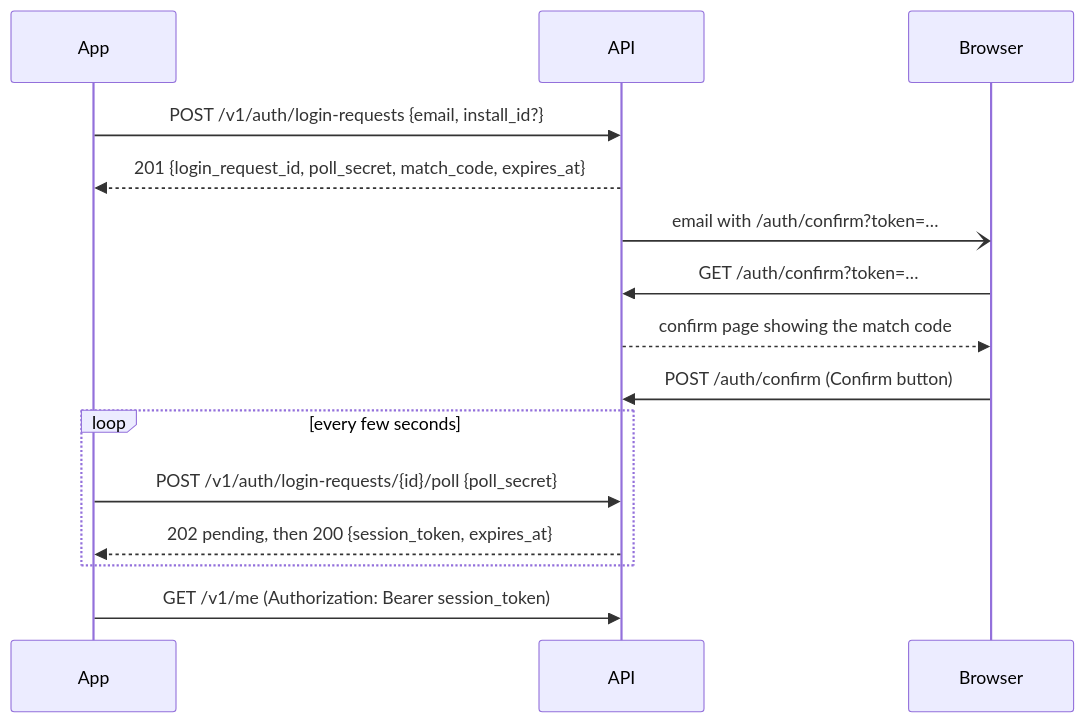
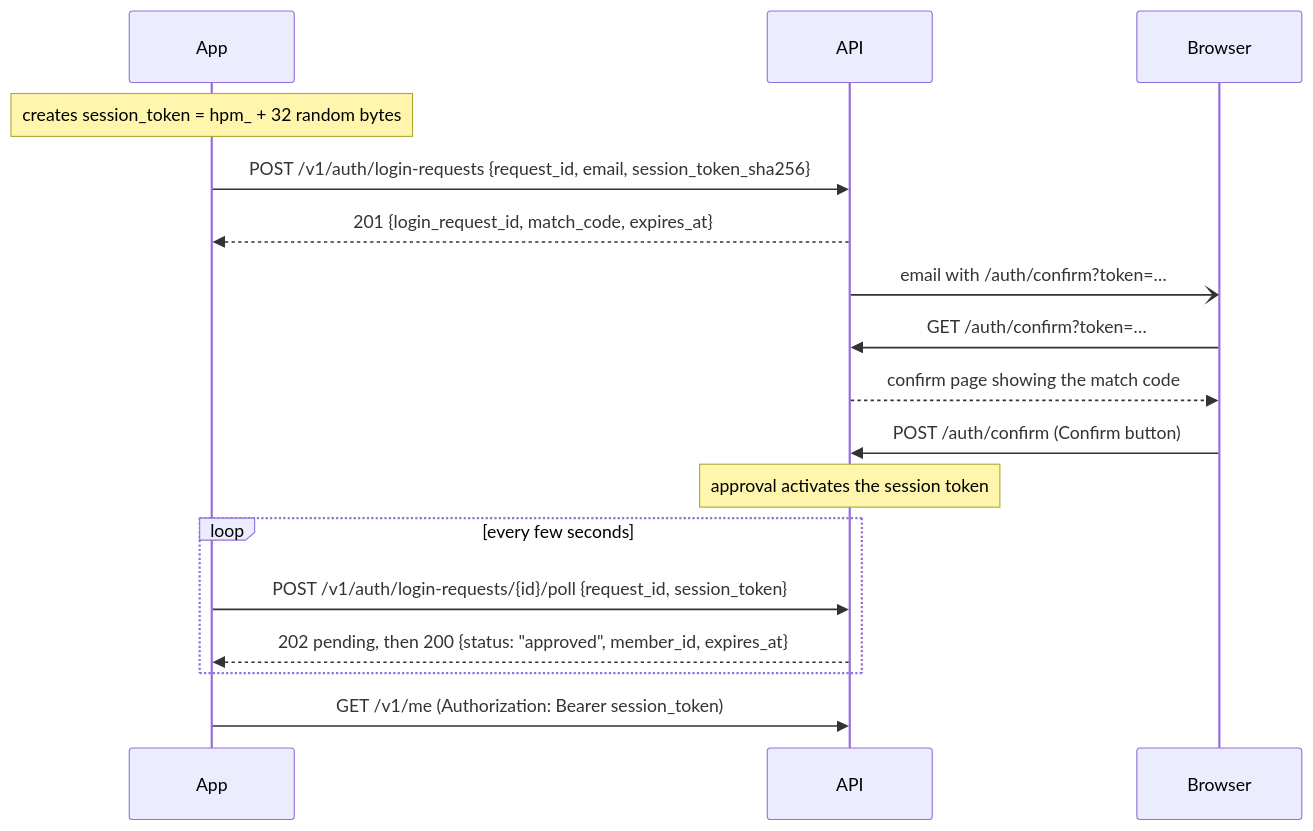
The diagram in api/README.md (jermainee/homeport), drawn with Mermaid before and after one commit. The commit also changed other lines of this file and 18 other files, not shown here.

````diff
--- a/api/README.md
+++ b/api/README.md
@@ -47,17 +47,19 @@
 ```mermaid
 sequenceDiagram
   participant App
   participant API
   participant Browser
-  App->>API: POST /v1/auth/login-requests {email, install_id?}
-  API-->>App: 201 {login_request_id, poll_secret, match_code, expires_at}
+  Note over App: creates session_token = hpm_ + 32 random bytes
+  App->>API: POST /v1/auth/login-requests {request_id, email, session_token_sha256}
+  API-->>App: 201 {login_request_id, match_code, expires_at}
   API-)Browser: email with /auth/confirm?token=…
   Browser->>API: GET /auth/confirm?token=…
   API-->>Browser: confirm page showing the match code
   Browser->>API: POST /auth/confirm (Confirm button)
+  Note over API: approval activates the session token
   loop every few seconds
-    App->>API: POST /v1/auth/login-requests/{id}/poll {poll_secret}
-    API-->>App: 202 pending, then 200 {session_token, expires_at}
+    App->>API: POST /v1/auth/login-requests/{id}/poll {request_id, session_token}
+    API-->>App: 202 pending, then 200 {status: "approved", member_id, expires_at}
   end
   App->>API: GET /v1/me (Authorization: Bearer session_token)
 ```
````
